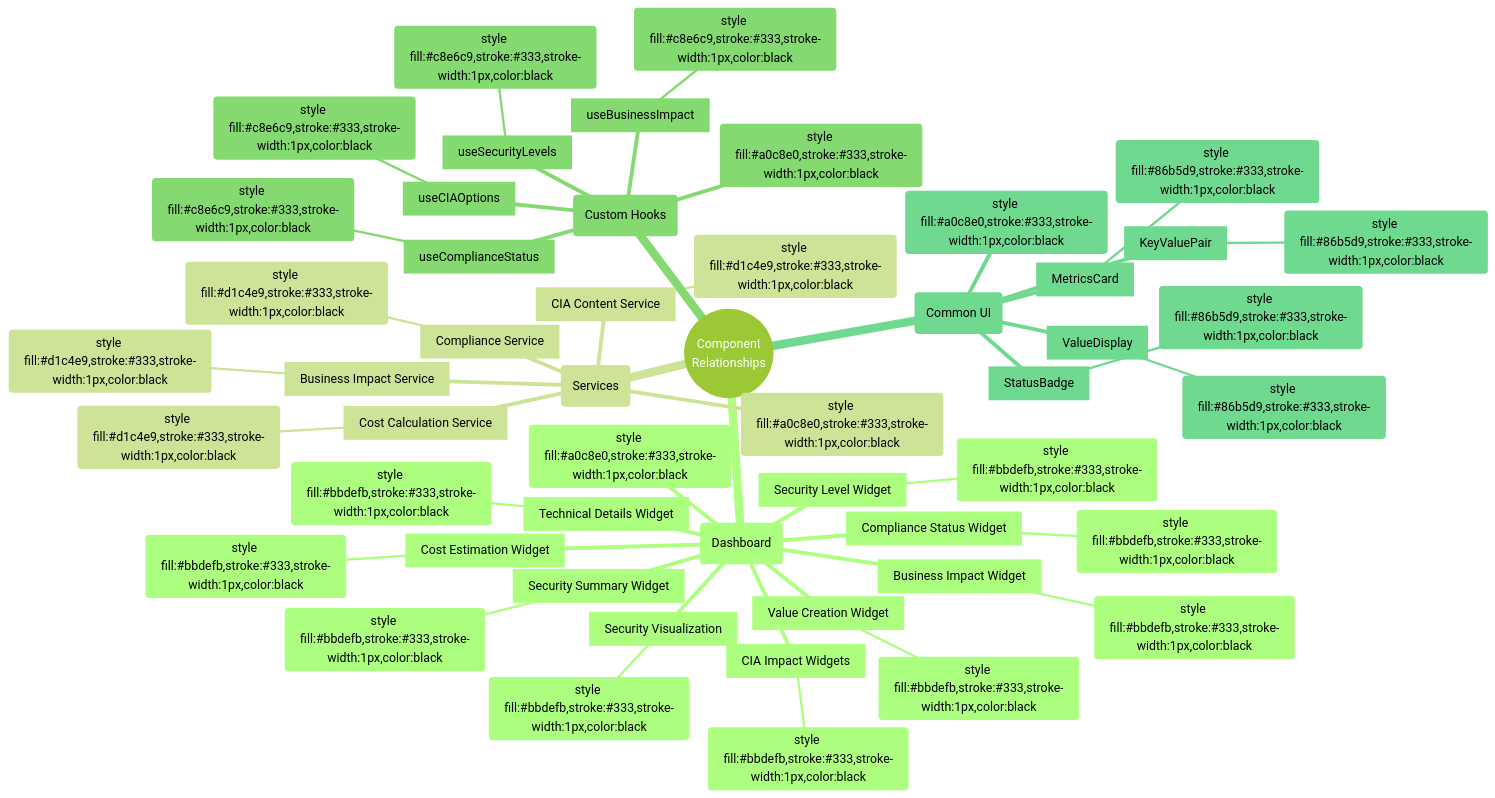
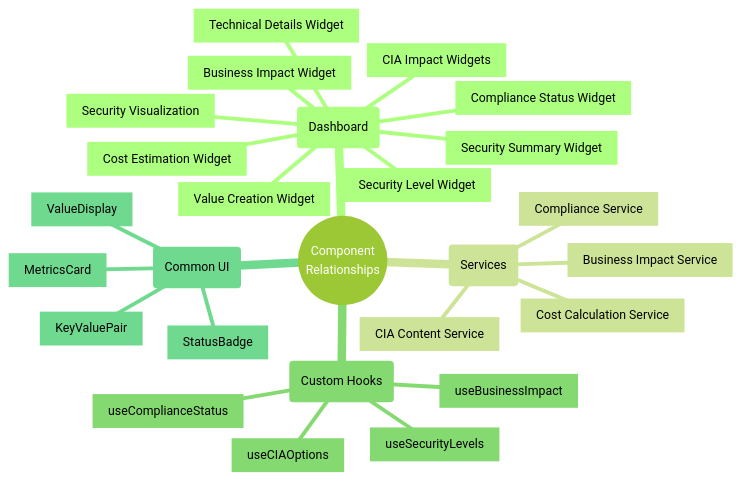
The second of 4 diagrams in docs/architecture/MINDMAP.md (Hack23/cia-compliance-manager), drawn with Mermaid (forest theme) before and after one commit. The commit also changed other lines of this file and 5 other files, not shown here.

Commit message:
Refactor flowchart and state diagram class definitions for consistency and clarity

````diff
--- a/docs/architecture/MINDMAP.md
+++ b/docs/architecture/MINDMAP.md
@@ -136,67 +97,37 @@
 ```mermaid
 mindmap
   root((Component<br>Relationships))
-    ::icon(fa fa-project-diagram)
 
     %% Dashboard Components
     id(Dashboard)
-      ::icon(fa fa-tachometer-alt)
-      style fill:#a0c8e0,stroke:#333,stroke-width:1px,color:black
       id1[Security Level Widget]
-        style fill:#bbdefb,stroke:#333,stroke-width:1px,color:black
       id2[Security Summary Widget]
-        style fill:#bbdefb,stroke:#333,stroke-width:1px,color:black
       id3[CIA Impact Widgets]
-        style fill:#bbdefb,stroke:#333,stroke-width:1px,color:black
       id4[Compliance Status Widget]
-        style fill:#bbdefb,stroke:#333,stroke-width:1px,color:black
       id5[Cost Estimation Widget]
-        style fill:#bbdefb,stroke:#333,stroke-width:1px,color:black
       id6[Value Creation Widget]
-        style fill:#bbdefb,stroke:#333,stroke-width:1px,color:black
       id7[Security Visualization]
-        style fill:#bbdefb,stroke:#333,stroke-width:1px,color:black
       id8[Technical Details Widget]
-        style fill:#bbdefb,stroke:#333,stroke-width:1px,color:black
       id9[Business Impact Widget]
-        style fill:#bbdefb,stroke:#333,stroke-width:1px,color:black
 
     %% Services & Utilities
     id10(Services)
-      ::icon(fa fa-cogs)
-      style fill:#a0c8e0,stroke:#333,stroke-width:1px,color:black
       id10.1[CIA Content Service]
-        style fill:#d1c4e9,stroke:#333,stroke-width:1px,color:black
       id10.2[Compliance Service]
-        style fill:#d1c4e9,stroke:#333,stroke-width:1px,color:black
       id10.3[Cost Calculation Service]
-        style fill:#d1c4e9,stroke:#333,stroke-width:1px,color:black
       id10.4[Business Impact Service]
-        style fill:#d1c4e9,stroke:#333,stroke-width:1px,color:black
 
     %% Hooks
     id11(Custom Hooks)
-      ::icon(fa fa-link)
-      style fill:#a0c8e0,stroke:#333,stroke-width:1px,color:black
       id11.1[useCIAOptions]
-        style fill:#c8e6c9,stroke:#333,stroke-width:1px,color:black
       id11.2[useSecurityLevels]
-        style fill:#c8e6c9,stroke:#333,stroke-width:1px,color:black
       id11.3[useComplianceStatus]
-        style fill:#c8e6c9,stroke:#333,stroke-width:1px,color:black
       id11.4[useBusinessImpact]
-        style fill:#c8e6c9,stroke:#333,stroke-width:1px,color:black
 
     %% Common Components
     id12(Common UI)
-      ::icon(fa fa-puzzle-piece)
-      style fill:#a0c8e0,stroke:#333,stroke-width:1px,color:black
       id12.1[StatusBadge]
-        style fill:#86b5d9,stroke:#333,stroke-width:1px,color:black
       id12.2[KeyValuePair]
-        style fill:#86b5d9,stroke:#333,stroke-width:1px,color:black
       id12.3[ValueDisplay]
-        style fill:#86b5d9,stroke:#333,stroke-width:1px,color:black
       id12.4[MetricsCard]
-        style fill:#86b5d9,stroke:#333,stroke-width:1px,color:black
 ```
````
